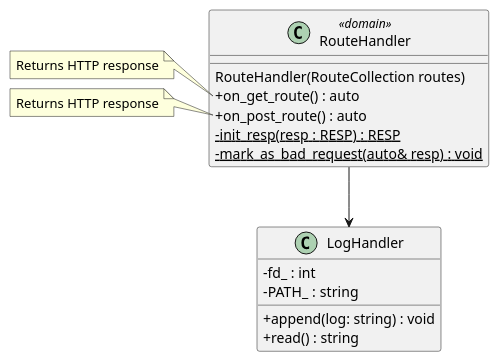
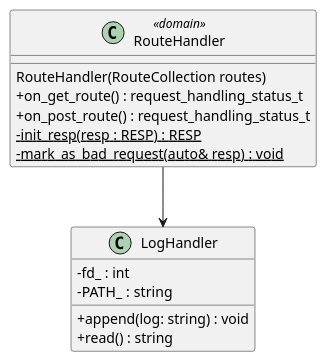
The diagram in docs/diagrams/Plantuml/apModel/server_classes.puml (lineklemensen/PRJ3), drawn with PlantUML before and after one commit.

Commit message:
update return type and remove notes

```diff
--- a/docs/diagrams/Plantuml/apModel/server_classes.puml
+++ b/docs/diagrams/Plantuml/apModel/server_classes.puml
@@ -1,36 +1,31 @@
 @startuml ServerClasses
 
 skinparam {
     packageStyle rectangle
     Linetype ortho
     ClassAttributeIconSize 0
 }
 
 class "RouteHandler" as h <<domain>>
 {
     RouteHandler(RouteCollection routes)
-    + on_get_route() : auto
-    + on_post_route() : auto
+    + on_get_route() : request_handling_status_t
+    + on_post_route() : request_handling_status_t
     -{static}init_resp(resp : RESP) : RESP
     -{static}mark_as_bad_request(auto& resp) : void
 }
 
 class "LogHandler" as l
 {
     + append(log: string) : void
     + read() : string
     - fd_ : int
     - PATH_ : string
 }
 
 
-note left of h::on_get_route
-Returns HTTP response
-end note
-note left of h::on_post_route
-Returns HTTP response
-end note
+
 
 h --> l
 
 @enduml
```
